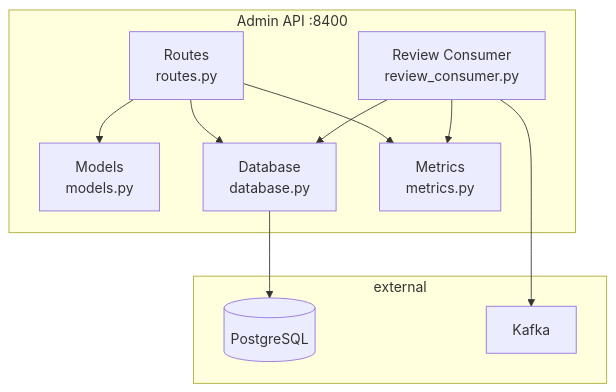
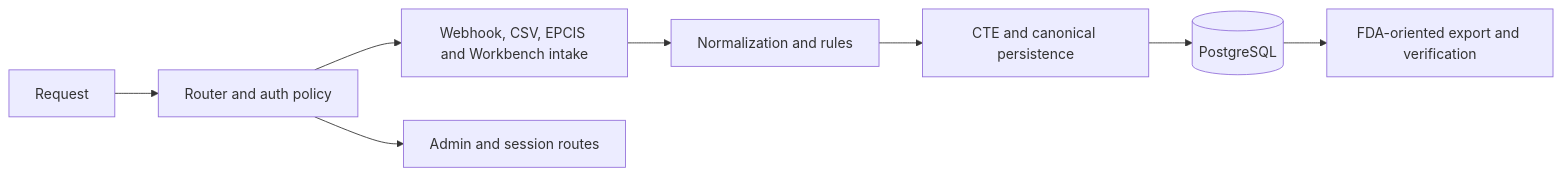
The diagram in docs/architecture/c4-components.md (regengine/RegEngine), drawn with Mermaid before and after one commit. The commit also changed other lines of this file and 46 other files, not shown here.

````diff
--- a/docs/architecture/c4-components.md
+++ b/docs/architecture/c4-components.md
@@ -5,24 +6,10 @@
 ```mermaid
-graph TB
-    subgraph admin["Admin API :8400"]
-        AR[Routes<br/>routes.py]
-        AM[Models<br/>models.py]
-        ADB[Database<br/>database.py]
-        AME[Metrics<br/>metrics.py]
-        ARC[Review Consumer<br/>review_consumer.py]
-    end
-    
-    AR --> AM
-    AR --> ADB
-    AR --> AME
-    ARC --> ADB
-    ARC --> AME
-    
-    subgraph external
-        PG[(PostgreSQL)]
-        KAFKA[Kafka]
-    end
-    
-    ADB --> PG
-    ARC --> KAFKA
+graph LR
+    Request[Request] --> Routing[Router and auth policy]
+    Routing --> Intake[Webhook, CSV, EPCIS and Workbench intake]
+    Intake --> Validate[Normalization and rules]
+    Validate --> Persist[CTE and canonical persistence]
+    Persist --> DB[(PostgreSQL)]
+    DB --> Export[FDA-oriented export and verification]
+    Routing --> Admin[Admin and session routes]
 ```
````
